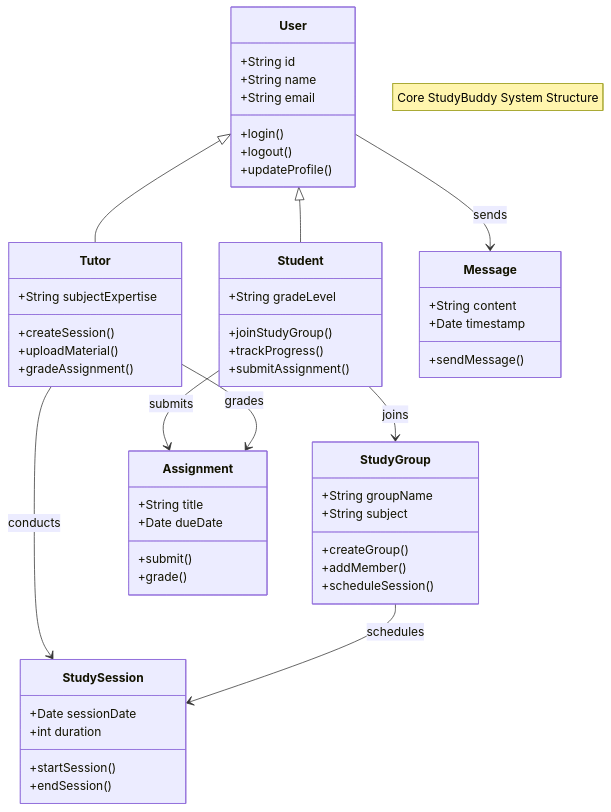
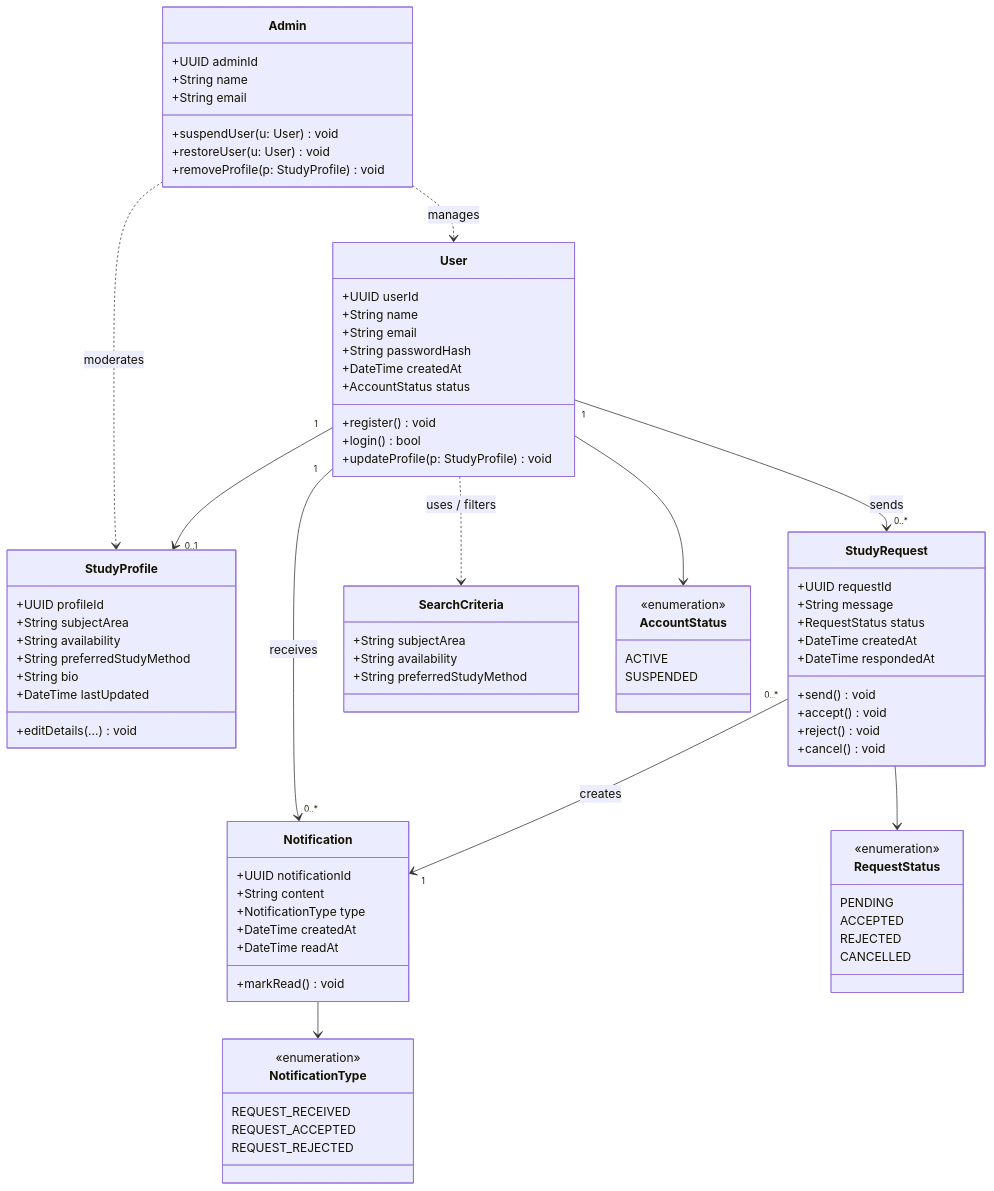
One commit to Z23599848/SoftwareEngineering changed the diagram in design/diagrams/classDiagram.md. Above: the diagram before and after it, drawn with Mermaid. The commit also changed other lines of this file, not shown here.

````diff
--- a/design/diagrams/classDiagram.md
+++ b/design/diagrams/classDiagram.md
@@ -3,65 +3,97 @@
 ```mermaid
 classDiagram
-    note "Core StudyBuddy System Structure"
 
-    User <|-- Student
-    User <|-- Tutor
+class Admin {
+  +UUID adminId
+  +String name
+  +String email
+  +suspendUser(u: User) void
+  +restoreUser(u: User) void
+  +removeProfile(p: StudyProfile) void
+}
 
-    class User{
-        +String id
-        +String name
-        +String email
-        +login()
-        +logout()
-        +updateProfile()
-    }
+class User {
+  +UUID userId
+  +String name
+  +String email
+  +String passwordHash
+  +DateTime createdAt
+  +AccountStatus status
+  +register() void
+  +login() bool
+  +updateProfile(p: StudyProfile) void
+}
 
-    class Student{
-        +String gradeLevel
-        +joinStudyGroup()
-        +trackProgress()
-        +submitAssignment()
-    }
+class StudyProfile {
+  +UUID profileId
+  +String subjectArea
+  +String availability
+  +String preferredStudyMethod
+  +String bio
+  +DateTime lastUpdated
+  +editDetails(...) void
+}
 
-    class Tutor{
-        +String subjectExpertise
-        +createSession()
-        +uploadMaterial()
-        +gradeAssignment()
-    }
+class StudyRequest {
+  +UUID requestId
+  +String message
+  +RequestStatus status
+  +DateTime createdAt
+  +DateTime respondedAt
+  +send() void
+  +accept() void
+  +reject() void
+  +cancel() void
+}
 
-    class StudyGroup{
-        +String groupName
-        +String subject
-        +createGroup()
-        +addMember()
-        +scheduleSession()
-    }
+class Notification {
+  +UUID notificationId
+  +String content
+  +NotificationType type
+  +DateTime createdAt
+  +DateTime readAt
+  +markRead() void
+}
 
-    class StudySession{
-        +Date sessionDate
-        +int duration
-        +startSession()
-        +endSession()
-    }
+class SearchCriteria {
+  +String subjectArea
+  +String availability
+  +String preferredStudyMethod
+}
 
-    class Assignment{
-        +String title
-        +Date dueDate
-        +submit()
-        +grade()
-    }
+class NotificationType {
+  <<enumeration>>
+  REQUEST_RECEIVED
+  REQUEST_ACCEPTED
+  REQUEST_REJECTED
+}
 
-    class Message{
-        +String content
-        +Date timestamp
-        +sendMessage()
-    }
+class RequestStatus {
+  <<enumeration>>
+  PENDING
+  ACCEPTED
+  REJECTED
+  CANCELLED
+}
 
-    Student --> StudyGroup : joins
-    Tutor --> StudySession : conducts
-    StudyGroup --> StudySession : schedules
-    Student --> Assignment : submits
-    Tutor --> Assignment : grades
-    User --> Message : sends
+class AccountStatus {
+  <<enumeration>>
+  ACTIVE
+  SUSPENDED
+}
+
+Admin ..> User : manages
+Admin ..> StudyProfile : moderates
+
+User "1" --> "0..1" StudyProfile
+User "1" --> "0..*" StudyRequest : sends
+StudyRequest --> RequestStatus
+User "1" --> "0..*" Notification : receives
+StudyRequest "0..*" --> "1" Notification : creates
+
+User ..> SearchCriteria : uses / filters
+
+User --> AccountStatus
+Notification --> NotificationType
+
 ```
````
